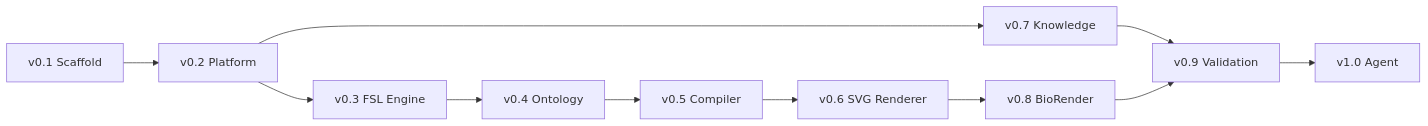
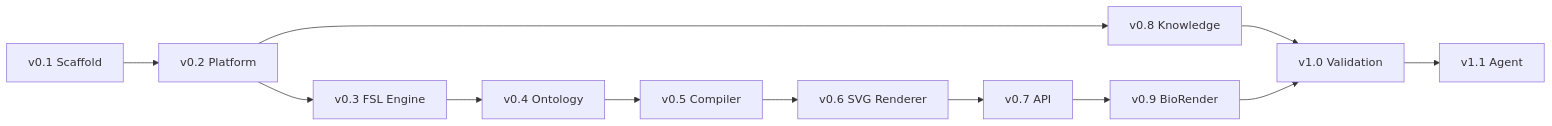
The diagram in docs/DevelopmentRoadmap.md (insight2017aquib/MedicinalChemistryFigureDesigner), drawn with Mermaid before and after one commit. The commit also changed other lines of this file and 13 other files, not shown here.

First line of the commit message:
feat(api): v0.7 Figure Agent public API

````diff
--- a/docs/DevelopmentRoadmap.md
+++ b/docs/DevelopmentRoadmap.md
@@ -104,13 +112,14 @@
 ```mermaid
 flowchart LR
     v01[v0.1 Scaffold] --> v02[v0.2 Platform]
     v02 --> v03[v0.3 FSL Engine]
     v03 --> v04[v0.4 Ontology]
     v04 --> v05[v0.5 Compiler]
     v05 --> v06[v0.6 SVG Renderer]
-    v02 --> v07[v0.7 Knowledge]
-    v06 --> v08[v0.8 BioRender]
-    v07 --> v09[v0.9 Validation]
-    v08 --> v09
-    v09 --> v10[v1.0 Agent]
+    v06 --> v07[v0.7 API]
+    v02 --> v08[v0.8 Knowledge]
+    v07 --> v09[v0.9 BioRender]
+    v08 --> v10[v1.0 Validation]
+    v09 --> v10
+    v10 --> v11[v1.1 Agent]
 ```
````
